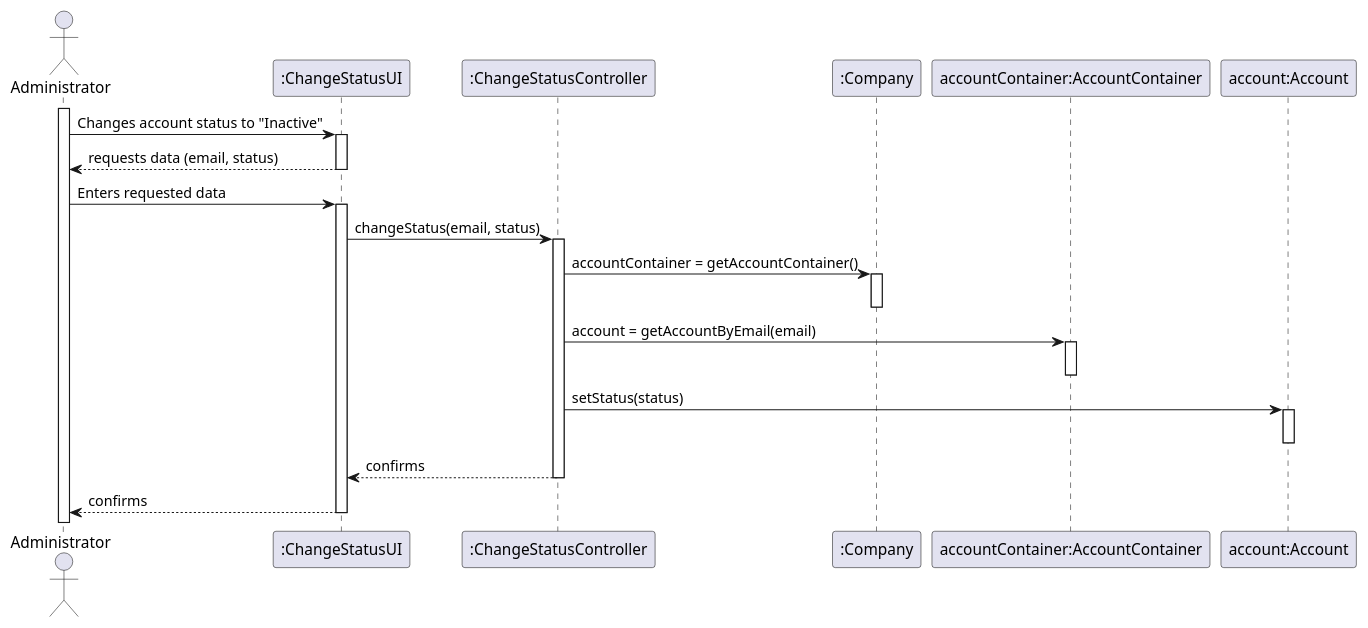
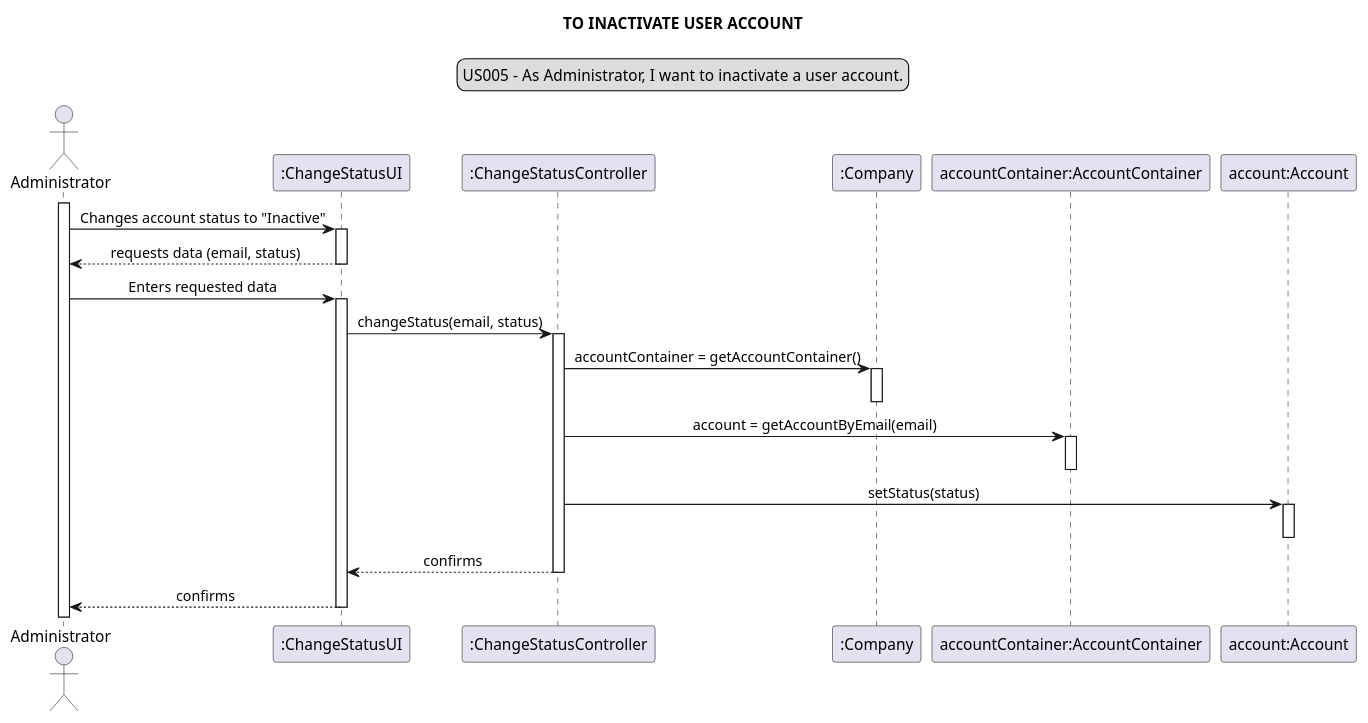
One commit to Loracline/project_switch_22-23 changed the diagram in docs/modelling_design/user_stories/us005/US005_sequenceDiagram.puml. Above: the diagram before and after it, drawn with PlantUML. The commit also changed 6 other files, not shown here.

Commit message:
Sequence Diagrams | Update and refinement according to new version

```diff
--- a/docs/modelling_design/user_stories/us005/US005_sequenceDiagram.puml
+++ b/docs/modelling_design/user_stories/us005/US005_sequenceDiagram.puml
@@ -1,33 +1,38 @@
 @startuml
 
+legend top
+US005 - As Administrator, I want to inactivate a user account.
+end legend
+skinparam sequenceMessageAlign center
+title TO INACTIVATE USER ACCOUNT
 actor "Administrator" as admin
 participant ":ChangeStatusUI" as ui
 participant ":ChangeStatusController" as controller
 participant ":Company" as company
 participant "accountContainer:AccountContainer" as container
 participant "account:Account" as account
 
 activate admin
 admin -> ui : Changes account status to "Inactive"
 activate ui
 ui --> admin: requests data (email, status)
 deactivate ui
 admin -> ui: Enters requested data
 activate ui
 ui -> controller: changeStatus(email, status)
 activate controller
 controller -> company: accountContainer = getAccountContainer()
 activate company
 deactivate company
 controller -> container: account = getAccountByEmail(email)
 activate container
 deactivate container
 controller -> account: setStatus(status)
 activate account
 deactivate account
 controller --> ui: confirms
 deactivate controller
 ui --> admin: confirms
 deactivate ui
 
 @enduml
```
